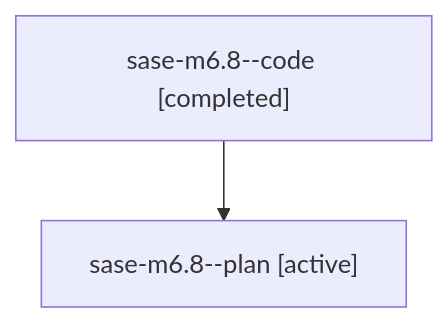
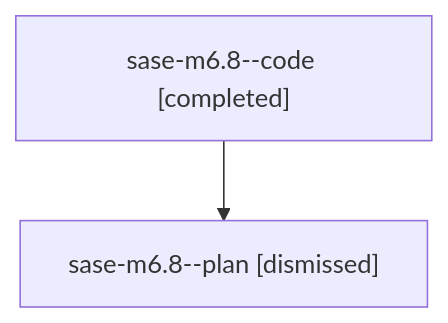
The diagram in sessions/bbugyi200.athena.sase-m6.8.md (sase-org/sase--agents), drawn with Mermaid before and after one commit. The commit also changed other lines of this file and 187 other files, not shown here.

````diff
--- a/sessions/bbugyi200.athena.sase-m6.8.md
+++ b/sessions/bbugyi200.athena.sase-m6.8.md
@@ -9,6 +9,6 @@
 ```mermaid
 flowchart TD
   n0["sase-m6.8--code [completed]"]
-  n1["sase-m6.8--plan [active]"]
+  n1["sase-m6.8--plan [dismissed]"]
   n0 --> n1
 ```
````
